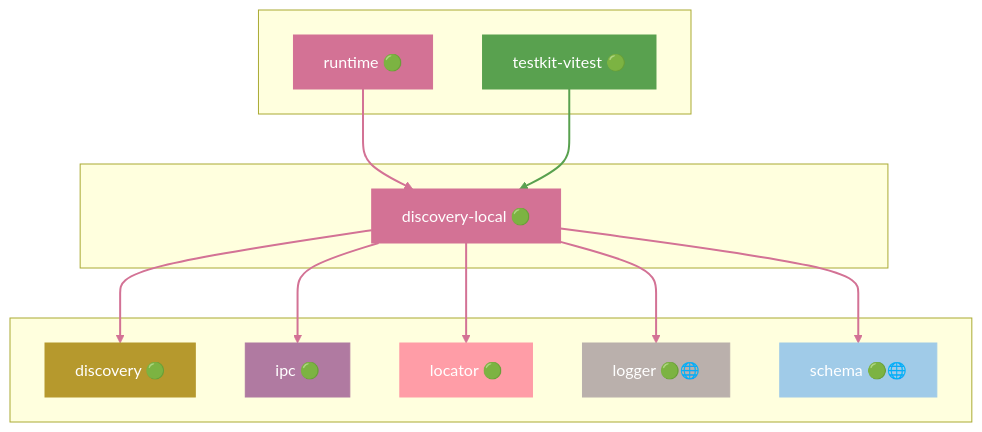
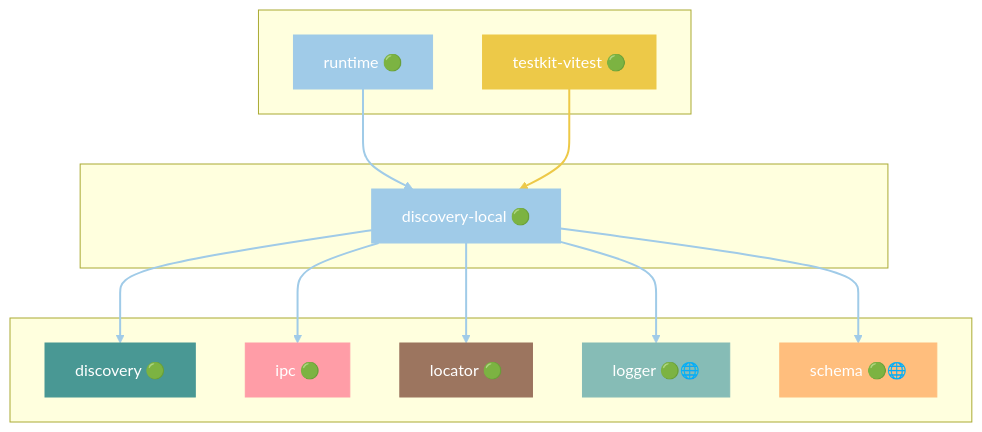
Before and after one commit to grest-ts/grest-ts: diagram 17 of 46 in docs/DEPENDENCIES.md, drawn with Mermaid. The commit also changed other lines of this file and 59 other files, not shown here.

````diff
--- a/docs/DEPENDENCIES.md
+++ b/docs/DEPENDENCIES.md
@@ -907,39 +911,39 @@
 ```mermaid
 flowchart TB
     subgraph Dependents[" "]
         runtime["runtime 🟢"]
         testkit-vitest["testkit-vitest 🟢"]
     end
     subgraph Package[" "]
         discovery-local["discovery-local 🟢"]
     end
     subgraph Dependencies[" "]
         discovery["discovery 🟢"]
         ipc["ipc 🟢"]
         locator["locator 🟢"]
         logger["logger 🟢🌐"]
         schema["schema 🟢🌐"]
     end
     runtime --> discovery-local
     testkit-vitest --> discovery-local
     discovery-local --> discovery
     discovery-local --> ipc
     discovery-local --> locator
     discovery-local --> logger
     discovery-local --> schema
-    style discovery-local fill:#D37295,stroke:#D37295,color:#fff
-    style runtime fill:#D37295,stroke:#D37295,color:#fff
-    style testkit-vitest fill:#59A14F,stroke:#59A14F,color:#fff
-    style discovery fill:#B6992D,stroke:#B6992D,color:#fff
-    style ipc fill:#B07AA1,stroke:#B07AA1,color:#fff
-    style locator fill:#FF9DA7,stroke:#FF9DA7,color:#fff
-    style logger fill:#BAB0AC,stroke:#BAB0AC,color:#fff
-    style schema fill:#A0CBE8,stroke:#A0CBE8,color:#fff
-    linkStyle 0 stroke:#D37295,stroke-width:2px
-    linkStyle 1 stroke:#59A14F,stroke-width:2px
-    linkStyle 2 stroke:#D37295,stroke-width:2px
-    linkStyle 3 stroke:#D37295,stroke-width:2px
-    linkStyle 4 stroke:#D37295,stroke-width:2px
-    linkStyle 5 stroke:#D37295,stroke-width:2px
-    linkStyle 6 stroke:#D37295,stroke-width:2px
+    style discovery-local fill:#A0CBE8,stroke:#A0CBE8,color:#fff
+    style runtime fill:#A0CBE8,stroke:#A0CBE8,color:#fff
+    style testkit-vitest fill:#EDC948,stroke:#EDC948,color:#fff
+    style discovery fill:#499894,stroke:#499894,color:#fff
+    style ipc fill:#FF9DA7,stroke:#FF9DA7,color:#fff
+    style locator fill:#9C755F,stroke:#9C755F,color:#fff
+    style logger fill:#86BCB6,stroke:#86BCB6,color:#fff
+    style schema fill:#FFBE7D,stroke:#FFBE7D,color:#fff
+    linkStyle 0 stroke:#A0CBE8,stroke-width:2px
+    linkStyle 1 stroke:#EDC948,stroke-width:2px
+    linkStyle 2 stroke:#A0CBE8,stroke-width:2px
+    linkStyle 3 stroke:#A0CBE8,stroke-width:2px
+    linkStyle 4 stroke:#A0CBE8,stroke-width:2px
+    linkStyle 5 stroke:#A0CBE8,stroke-width:2px
+    linkStyle 6 stroke:#A0CBE8,stroke-width:2px
 ```
````
